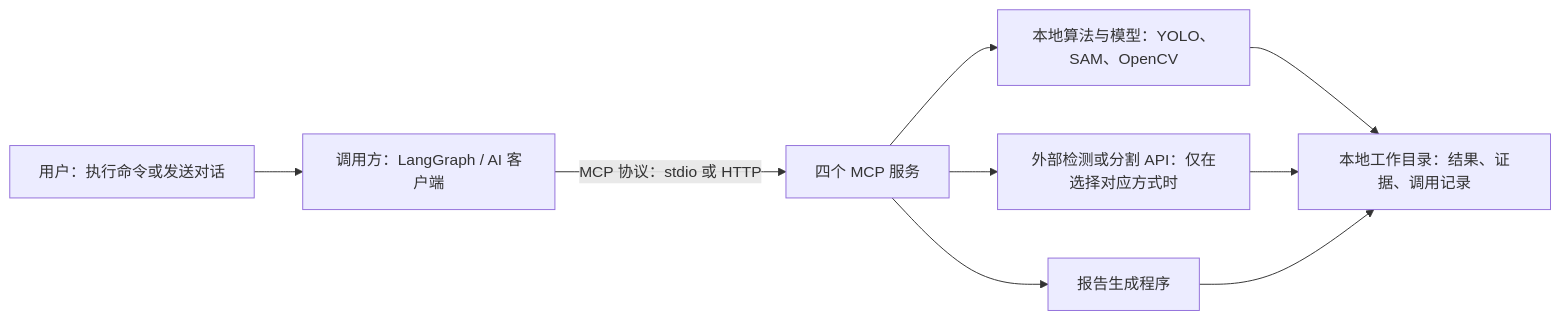
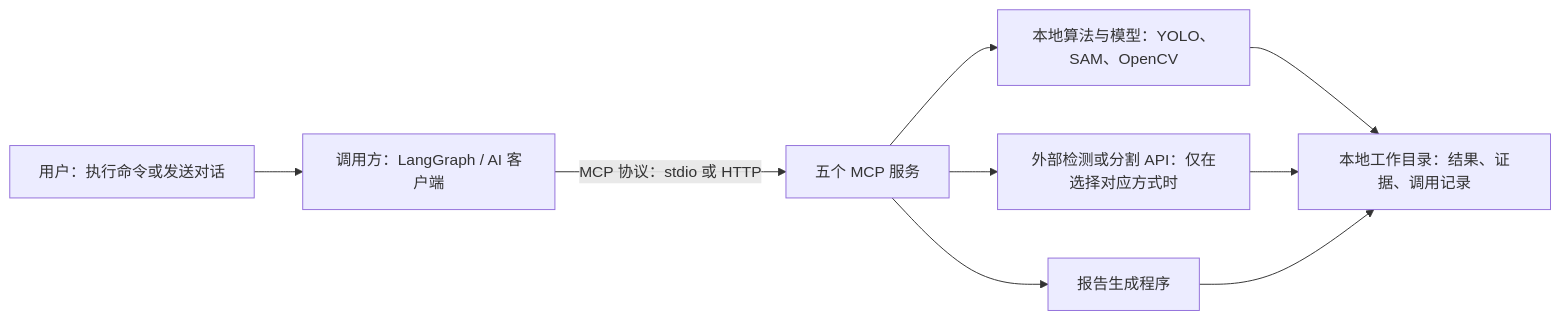
One commit to mo0407/FacadeFixer_mcp changed the third of 3 diagrams in README.md. Above: the diagram before and after it, drawn with Mermaid. The commit also changed other lines of this file and 13 other files, not shown here.

````diff
--- a/README.md
+++ b/README.md
@@ -139,11 +146,11 @@
 ```mermaid
 flowchart LR
     A["用户：执行命令或发送对话"] --> B["调用方：LangGraph / AI 客户端"]
-    B -->|"MCP 协议：stdio 或 HTTP"| C["四个 MCP 服务"]
+    B -->|"MCP 协议：stdio 或 HTTP"| C["五个 MCP 服务"]
     C --> D["本地算法与模型：YOLO、SAM、OpenCV"]
     C --> E["外部检测或分割 API：仅在选择对应方式时"]
     C --> F["报告生成程序"]
     D --> G["本地工作目录：结果、证据、调用记录"]
     E --> G
     F --> G
 ```
````
